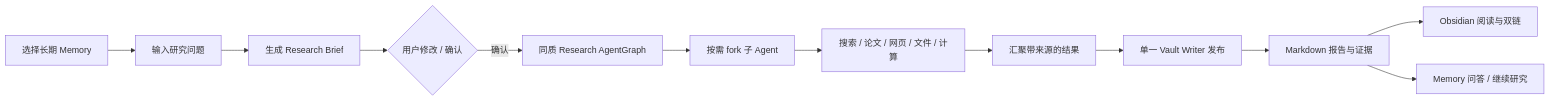
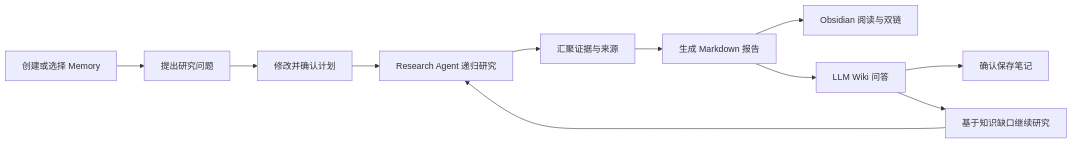
One commit to boluodaixue/paperpilot changed the first of 2 diagrams in README.md. Above: the diagram before and after it, drawn with Mermaid. The commit also changed other lines of this file, not shown here.

Commit message:
docs: present PaperPilot LLM Wiki journey

````diff
--- a/README.md
+++ b/README.md
@@ -28,14 +75,13 @@
 ```mermaid
 flowchart LR
-    A[选择长期 Memory] --> B[输入研究问题]
-    B --> C[生成 Research Brief]
-    C --> D{用户修改 / 确认}
-    D -->|确认| E[同质 Research AgentGraph]
-    E --> F[按需 fork 子 Agent]
-    F --> G[搜索 / 论文 / 网页 / 文件 / 计算]
-    G --> H[汇聚带来源的结果]
-    H --> I[单一 Vault Writer 发布]
-    I --> J[Markdown 报告与证据]
-    J --> K[Obsidian 阅读与双链]
-    J --> L[Memory 问答 / 继续研究]
+    A[创建或选择 Memory] --> B[提出研究问题]
+    B --> C[修改并确认计划]
+    C --> D[Research Agent 递归研究]
+    D --> E[汇聚证据与来源]
+    E --> F[生成 Markdown 报告]
+    F --> G[Obsidian 阅读与双链]
+    F --> H[LLM Wiki 问答]
+    H --> I[确认保存笔记]
+    H --> J[基于知识缺口继续研究]
+    J --> D
 ```
````
